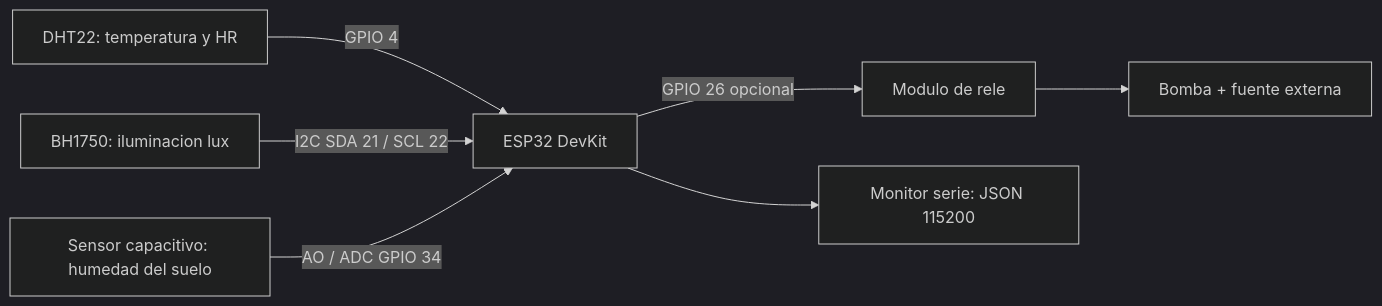
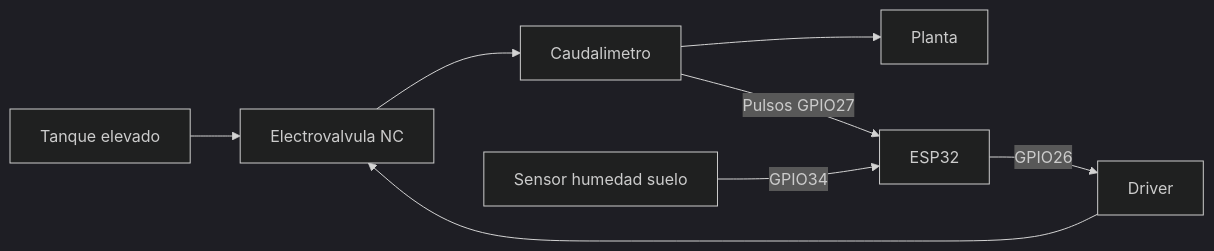
One commit to apolloscript3587/Mini-Invernadero-Inteligente changed the diagram in diagramas/conexiones.md. Above: the diagram before and after it, drawn with Mermaid (dark theme). The commit also changed other lines of this file, not shown here.

````diff
--- a/diagramas/conexiones.md
+++ b/diagramas/conexiones.md
@@ -30,9 +20,10 @@
-~~~mermaid
+```mermaid
 flowchart LR
-  DHT[DHT22: temperatura y HR] -->|GPIO 4| ESP[ESP32 DevKit]
-  LUX[BH1750: iluminacion lux] -->|I2C SDA 21 / SCL 22| ESP
-  SOIL[Sensor capacitivo: humedad del suelo] -->|AO / ADC GPIO 34| ESP
-  ESP -->|GPIO 26 opcional| RELAY[Modulo de rele]
-  RELAY --> PUMP[Bomba + fuente externa]
-  ESP --> SERIAL[Monitor serie: JSON 115200]
-~~~
+ T[Tanque elevado] --> V[Electrovalvula NC]
+ V --> F[Caudalimetro]
+ F --> P[Planta]
+ S[Sensor humedad suelo] -->|GPIO34| E[ESP32]
+ F -->|Pulsos GPIO27| E
+ E -->|GPIO26| D[Driver]
+ D --> V
+```
````
